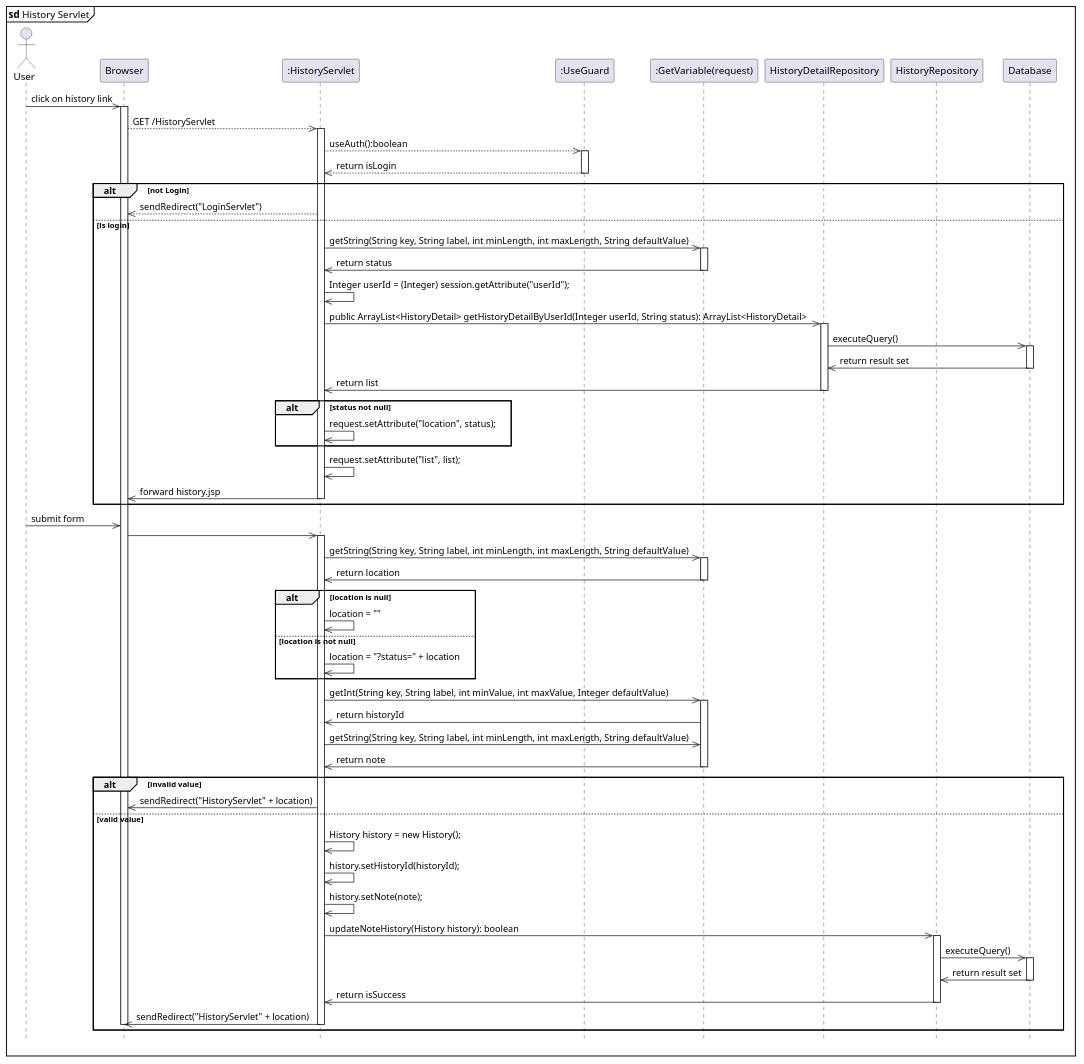
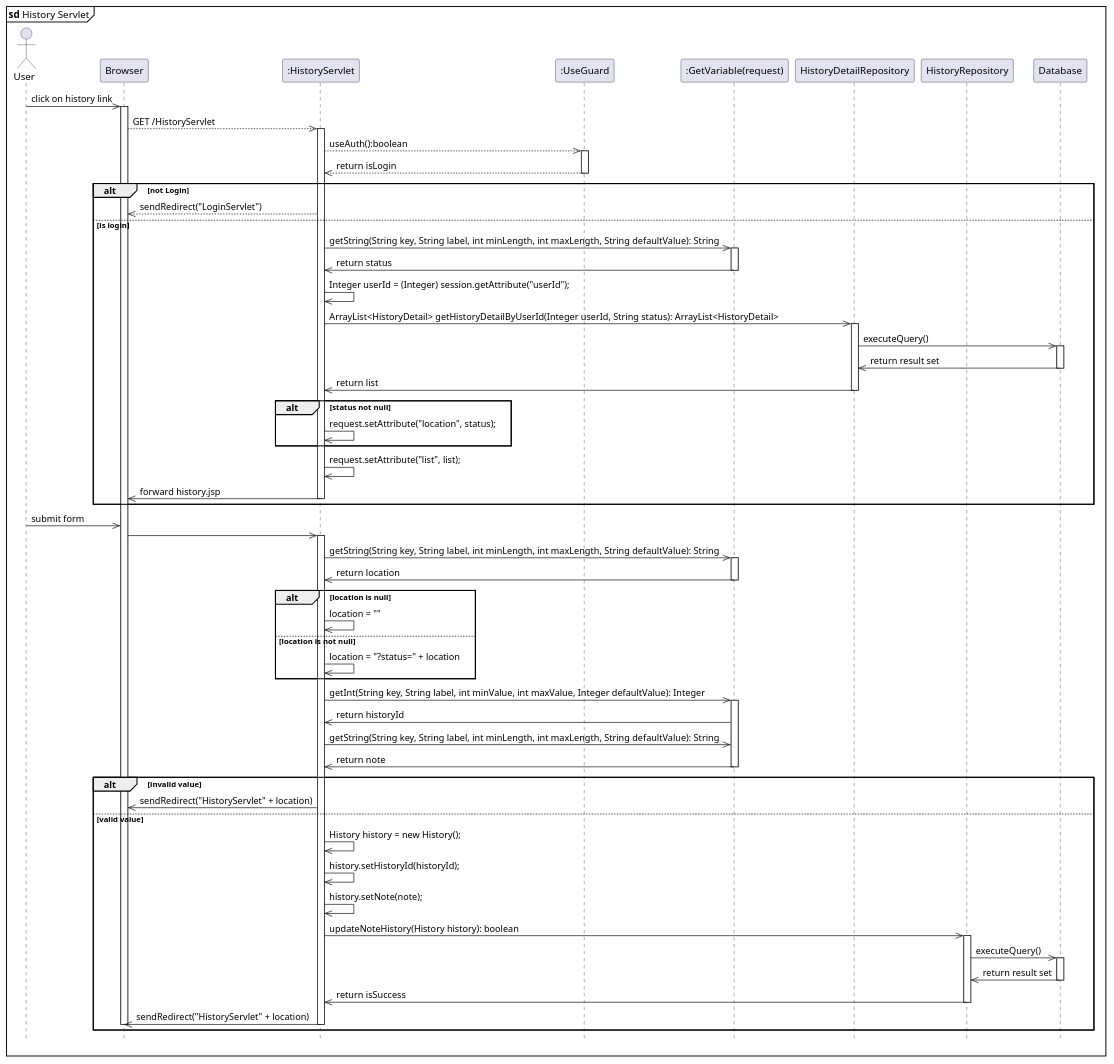
Before and after one commit to kainesv86/HKCBooking: the diagram in diagram/HistoryServlet.puml, drawn with PlantUML. The commit also changed 18 other files, not shown here.

```diff
--- a/diagram/HistoryServlet.puml
+++ b/diagram/HistoryServlet.puml
@@ -1,85 +1,85 @@
 hide footbox
 mainframe <b>sd</b> History Servlet
 actor User
 participant "Browser" as Browser
 participant ":HistoryServlet" as HistoryServlet
 participant ":UseGuard" as UseGuard
 participant ":GetVariable(request)" as GetVariable
 participant "HistoryDetailRepository" as HistoryDetailRepository
 participant "HistoryRepository" as HistoryRepository
 participant "Database" as Database
 
 User ->> Browser: click on history link
 activate Browser
     Browser -->> HistoryServlet: GET /HistoryServlet
     activate HistoryServlet
         HistoryServlet -->> UseGuard: useAuth():boolean 
         activate UseGuard
                 UseGuard -->> HistoryServlet:return isLogin
         deactivate UseGuard
         alt not Login
             HistoryServlet -->> Browser: sendRedirect("LoginServlet")
         else is login
-            HistoryServlet ->> GetVariable: getString(String key, String label, int minLength, int maxLength, String defaultValue) 
+            HistoryServlet ->> GetVariable: getString(String key, String label, int minLength, int maxLength, String defaultValue): String 
             activate GetVariable
                 GetVariable ->> HistoryServlet: return status
             deactivate GetVariable
             HistoryServlet ->> HistoryServlet: Integer userId = (Integer) session.getAttribute("userId");
-            HistoryServlet ->> HistoryDetailRepository: public ArrayList<HistoryDetail> getHistoryDetailByUserId(Integer userId, String status): ArrayList<HistoryDetail>
+            HistoryServlet ->> HistoryDetailRepository: ArrayList<HistoryDetail> getHistoryDetailByUserId(Integer userId, String status): ArrayList<HistoryDetail>
                 activate HistoryDetailRepository
                     HistoryDetailRepository ->> Database: executeQuery()
                             activate Database 
                                 Database ->> HistoryDetailRepository: return result set
                             deactivate Database
                     HistoryDetailRepository ->> HistoryServlet: return list
                 deactivate HistoryDetailRepository
             alt status not null
                 HistoryServlet ->> HistoryServlet:request.setAttribute("location", status);
             end
 
             HistoryServlet ->> HistoryServlet: request.setAttribute("list", list);
             
             HistoryServlet ->> Browser: forward history.jsp
     deactivate HistoryServlet
         end
 
 User ->> Browser: submit form
     Browser ->> HistoryServlet
     activate HistoryServlet
-        HistoryServlet ->> GetVariable: getString(String key, String label, int minLength, int maxLength, String defaultValue)
+        HistoryServlet ->> GetVariable: getString(String key, String label, int minLength, int maxLength, String defaultValue): String
         activate GetVariable
             GetVariable ->> HistoryServlet: return location
         deactivate GetVariable
         alt location is null
             HistoryServlet ->> HistoryServlet: location = "" 
         else location is not null
             HistoryServlet ->> HistoryServlet: location = "?status=" + location 
         end
 
-        HistoryServlet ->> GetVariable: getInt(String key, String label, int minValue, int maxValue, Integer defaultValue)
+        HistoryServlet ->> GetVariable: getInt(String key, String label, int minValue, int maxValue, Integer defaultValue): Integer
         activate GetVariable
         GetVariable ->> HistoryServlet: return historyId
 
-        HistoryServlet ->> GetVariable: getString(String key, String label, int minLength, int maxLength, String defaultValue)
+        HistoryServlet ->> GetVariable: getString(String key, String label, int minLength, int maxLength, String defaultValue): String
         GetVariable ->> HistoryServlet: return note
         deactivate GetVariable
 
         alt invalid value
             HistoryServlet ->> Browser: sendRedirect("HistoryServlet" + location)
         else valid value
             HistoryServlet ->> HistoryServlet: History history = new History();
             HistoryServlet ->> HistoryServlet: history.setHistoryId(historyId);
             HistoryServlet ->> HistoryServlet: history.setNote(note);
 
             HistoryServlet ->> HistoryRepository: updateNoteHistory(History history): boolean
                 activate HistoryRepository
                 HistoryRepository ->> Database: executeQuery()
                         activate Database 
                             Database ->> HistoryRepository: return result set
                         deactivate Database
                     HistoryRepository ->> HistoryServlet: return isSuccess
                 deactivate HistoryRepository
             HistoryServlet ->> Browser: sendRedirect("HistoryServlet" + location)
     deactivate HistoryServlet  
 deactivate Browser         
         end
```
